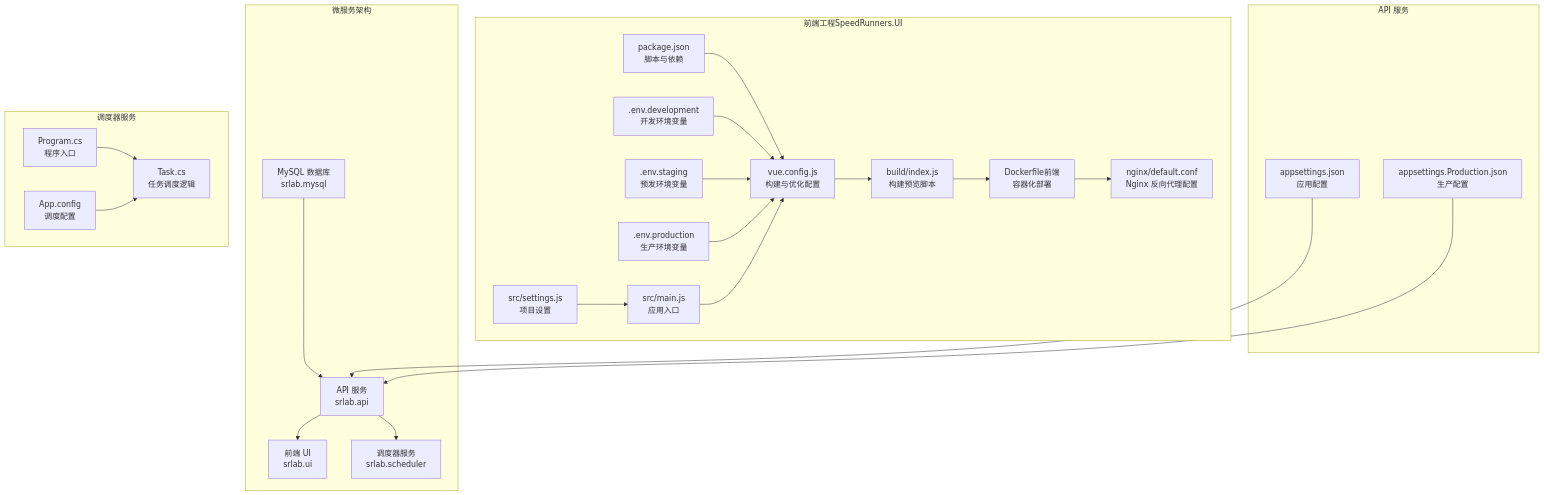
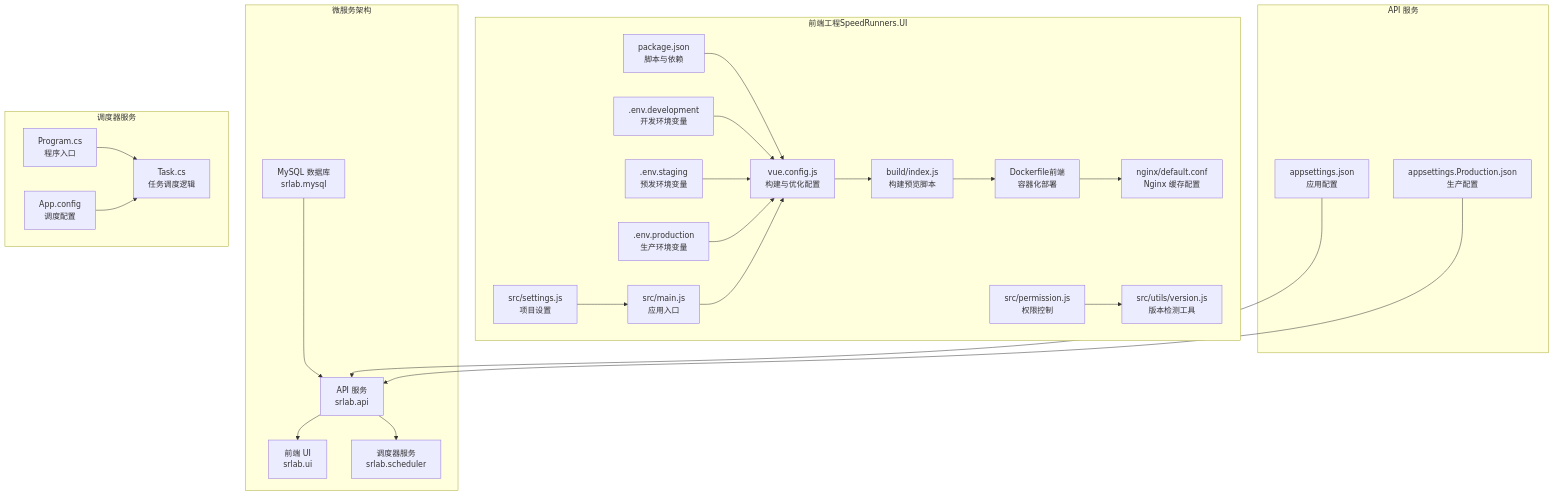
The first of 11 diagrams in .qoder/repowiki/zh/content/前端应用/构建部署/构建部署.md (TinyMaD/SpeedRunnersLab), drawn with Mermaid before and after one commit. The commit also changed other lines of this file and 33 other files, not shown here.

````diff
--- a/.qoder/repowiki/zh/content/前端应用/构建部署/构建部署.md
+++ b/.qoder/repowiki/zh/content/前端应用/构建部署/构建部署.md
@@ -64,46 +69,49 @@
 ```mermaid
 graph TB
 subgraph "微服务架构"
 MySQL["MySQL 数据库<br/>srlab.mysql"]
 API["API 服务<br/>srlab.api"]
 UI["前端 UI<br/>srlab.ui"]
 Scheduler["调度器服务<br/>srlab.scheduler"]
 end
 subgraph "前端工程SpeedRunners.UI"
 Pkg["package.json<br/>脚本与依赖"]
 Cfg["vue.config.js<br/>构建与优化配置"]
 EnvDev[".env.development<br/>开发环境变量"]
 EnvStage[".env.staging<br/>预发环境变量"]
 EnvProd[".env.production<br/>生产环境变量"]
 DockerF["Dockerfile前端<br/>容器化部署"]
-NginxCfg["nginx/default.conf<br/>Nginx 反向代理配置"]
+NginxCfg["nginx/default.conf<br/>Nginx 缓存配置"]
 BuildIdx["build/index.js<br/>构建预览脚本"]
 SrcMain["src/main.js<br/>应用入口"]
+Permission["src/permission.js<br/>权限控制"]
+VersionUtil["src/utils/version.js<br/>版本检测工具"]
 Settings["src/settings.js<br/>项目设置"]
 end
 subgraph "API 服务"
 APIApp["appsettings.json<br/>应用配置"]
 APIProd["appsettings.Production.json<br/>生产配置"]
 end
 subgraph "调度器服务"
 SchedulerProg["Program.cs<br/>程序入口"]
 SchedulerTask["Task.cs<br/>任务调度逻辑"]
 SchedulerCfg["App.config<br/>调度配置"]
 end
 MySQL --> API
 API --> UI
 API --> Scheduler
 Pkg --> Cfg
 EnvDev --> Cfg
 EnvStage --> Cfg
 EnvProd --> Cfg
 Cfg --> BuildIdx
 BuildIdx --> DockerF
 DockerF --> NginxCfg
 SrcMain --> Cfg
+Permission --> VersionUtil
 Settings --> SrcMain
 APIApp --> API
 APIProd --> API
 SchedulerProg --> SchedulerTask
 SchedulerCfg --> SchedulerTask
 ```
````
